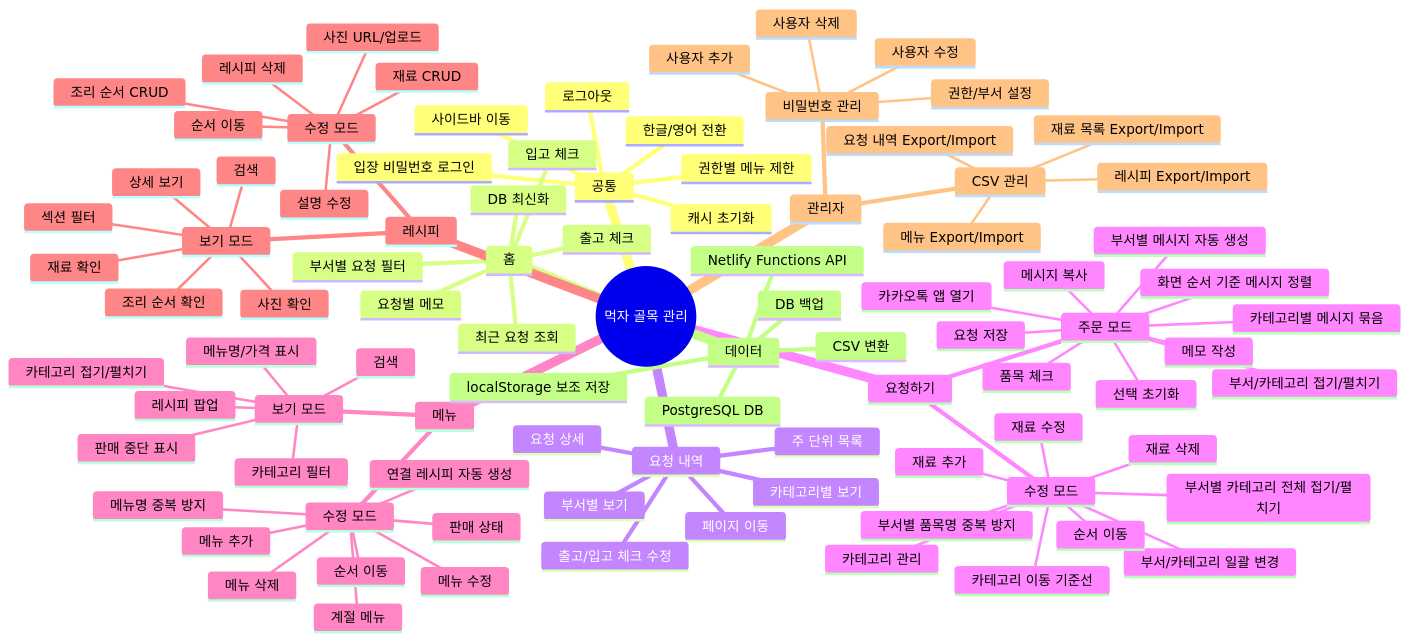
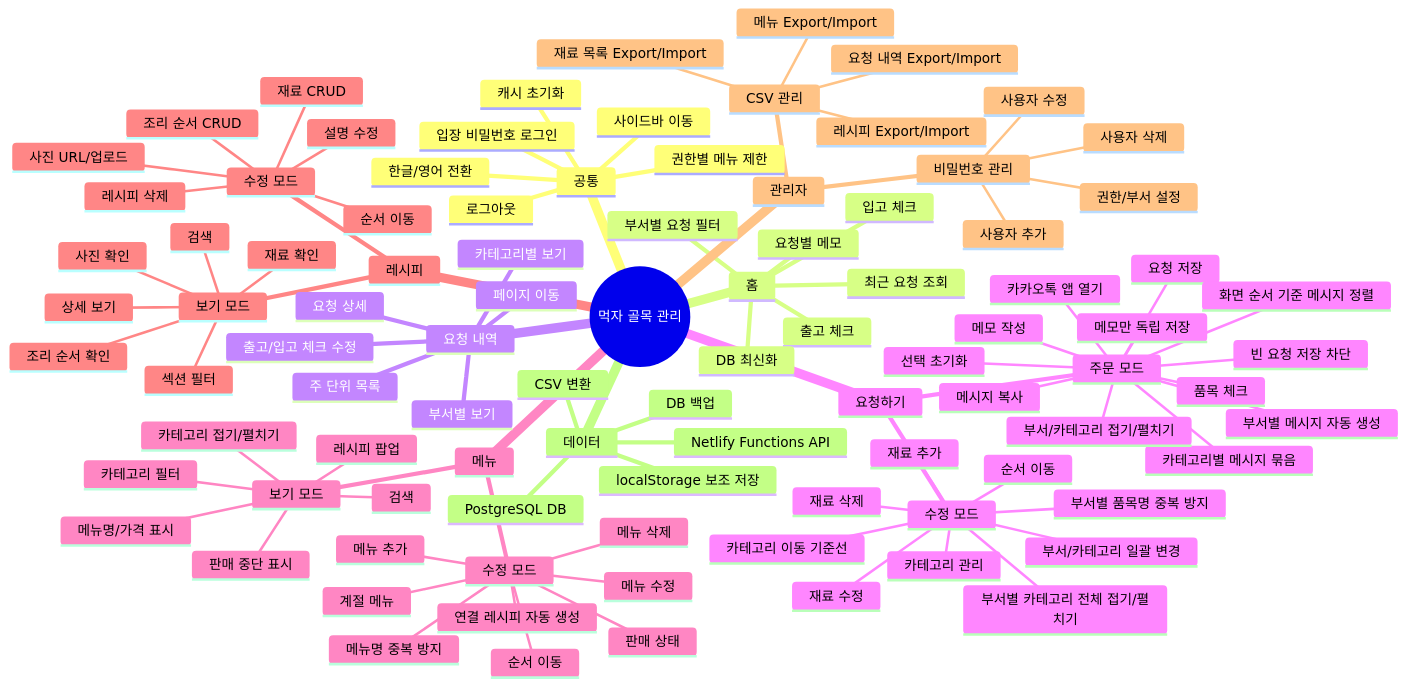
The diagram in docs/mukja-function-tree-ko.md (itsfreedom/mukja), drawn with Mermaid before and after one commit. The commit also changed other lines of this file and 15 other files, not shown here.

```diff
--- a/docs/mukja-function-tree-ko.md
+++ b/docs/mukja-function-tree-ko.md
@@ -35,6 +35,8 @@
       주문 모드
         품목 체크
         메모 작성
+        빈 요청 저장 차단
+        메모만 독립 저장
         요청 저장
         부서별 메시지 자동 생성
         화면 순서 기준 메시지 정렬
```
